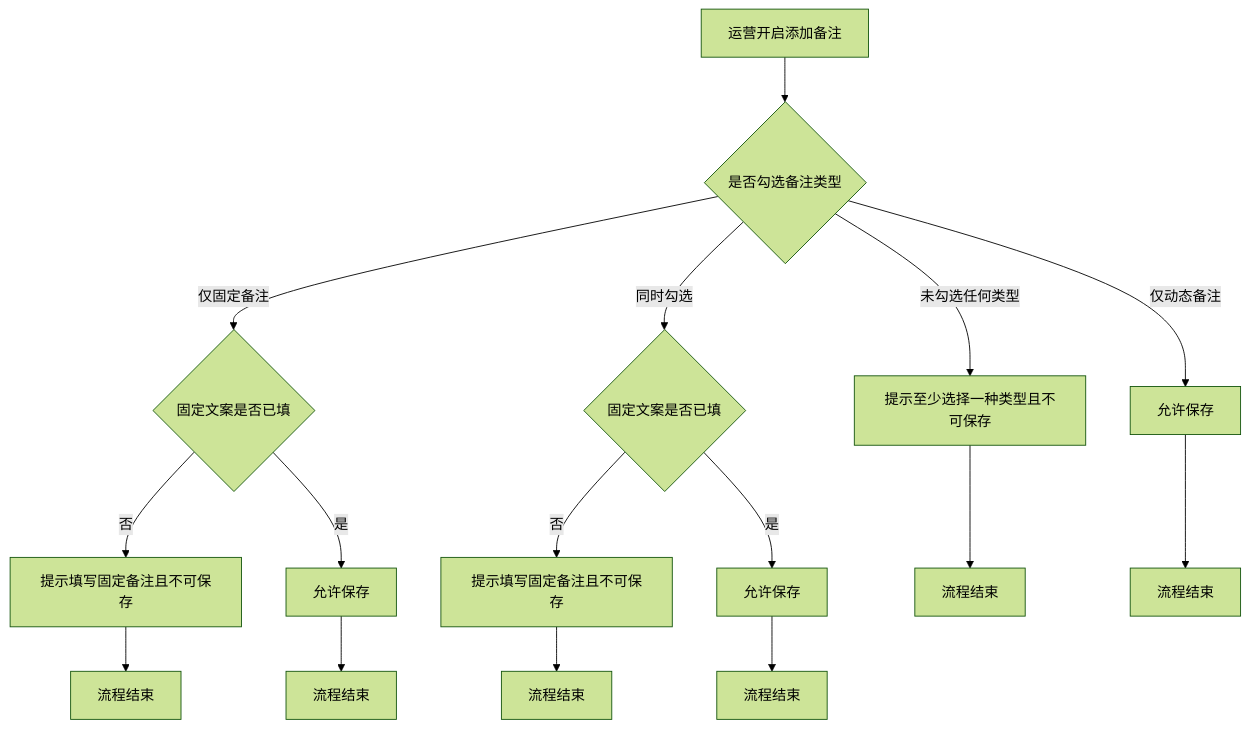
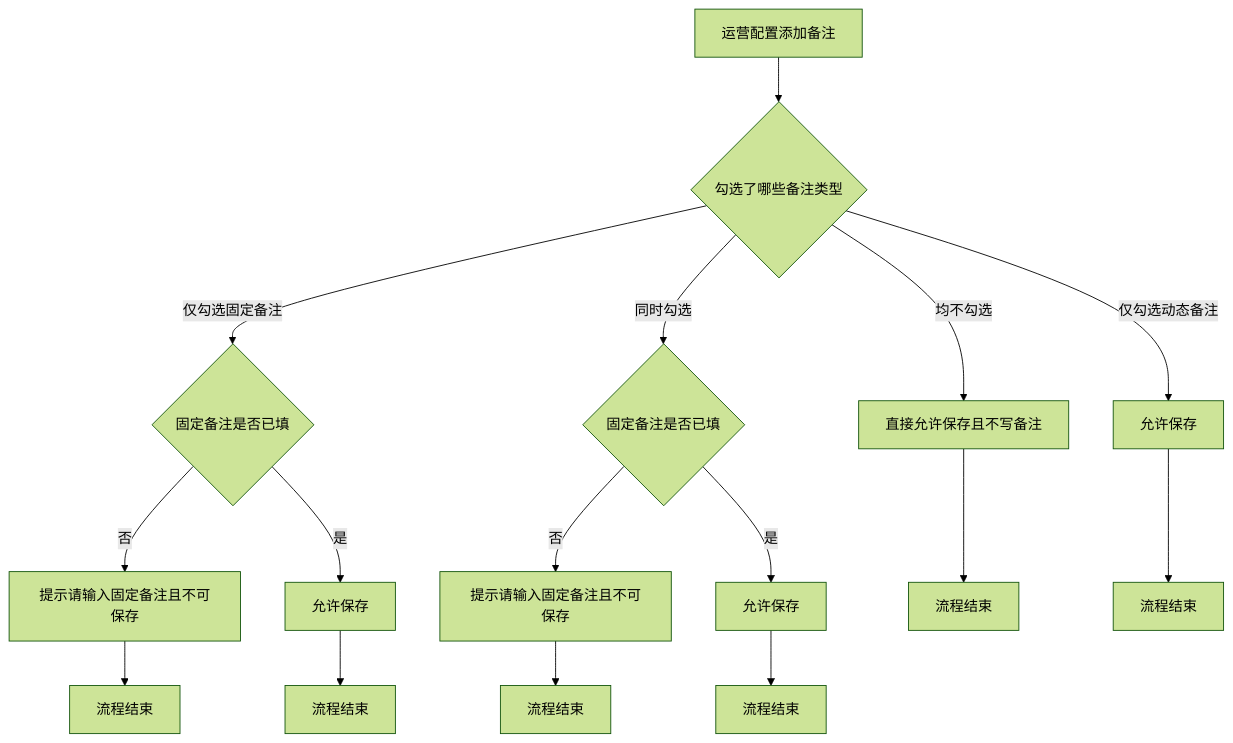
Before and after one commit to Yping-98/prototypes: the first of 2 diagrams in channel-code-remark-fixed-dynamic/PRD-渠道活码备注固定与动态.md, drawn with Mermaid (forest theme). The commit also changed other lines of this file and 1 other file, not shown here.

````diff
--- a/channel-code-remark-fixed-dynamic/PRD-渠道活码备注固定与动态.md
+++ b/channel-code-remark-fixed-dynamic/PRD-渠道活码备注固定与动态.md
@@ -35,18 +36,18 @@
 ```mermaid
 flowchart TD
-    A[运营开启添加备注] --> B{是否勾选备注类型}
-    B -->|未勾选任何类型| C[提示至少选择一种类型且不可保存]
-    B -->|仅固定备注| D{固定文案是否已填}
-    B -->|仅动态备注| E[允许保存]
-    B -->|同时勾选| F{固定文案是否已填}
-    D -->|否| G[提示填写固定备注且不可保存]
+    A[运营配置添加备注] --> B{勾选了哪些备注类型}
+    B -->|均不勾选| C[直接允许保存且不写备注]
+    B -->|仅勾选固定备注| D{固定备注是否已填}
+    B -->|仅勾选动态备注| E[允许保存]
+    B -->|同时勾选| F{固定备注是否已填}
+    D -->|否| G[提示请输入固定备注且不可保存]
     D -->|是| E2[允许保存]
-    F -->|否| G2[提示填写固定备注且不可保存]
+    F -->|否| G2[提示请输入固定备注且不可保存]
     F -->|是| E3[允许保存]
     C --> H1[流程结束]
     G --> H2[流程结束]
     G2 --> H3[流程结束]
     E --> H4[流程结束]
     E2 --> H5[流程结束]
     E3 --> H6[流程结束]
 ```
````
